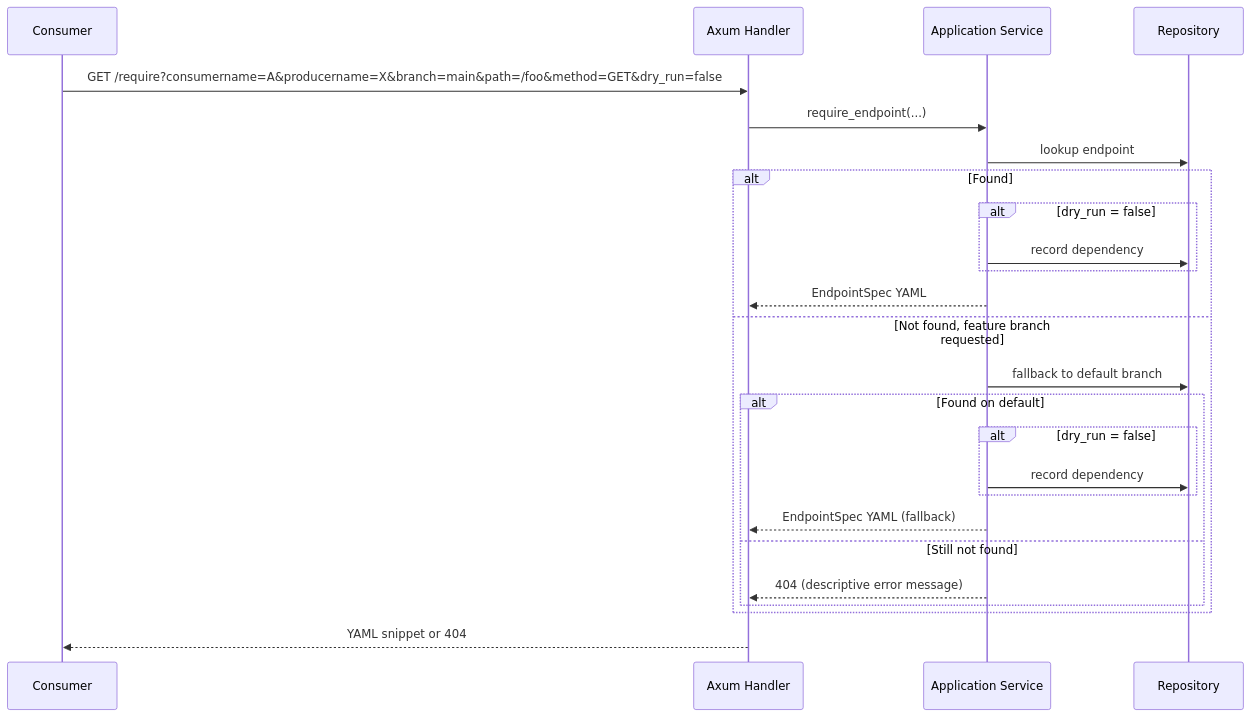
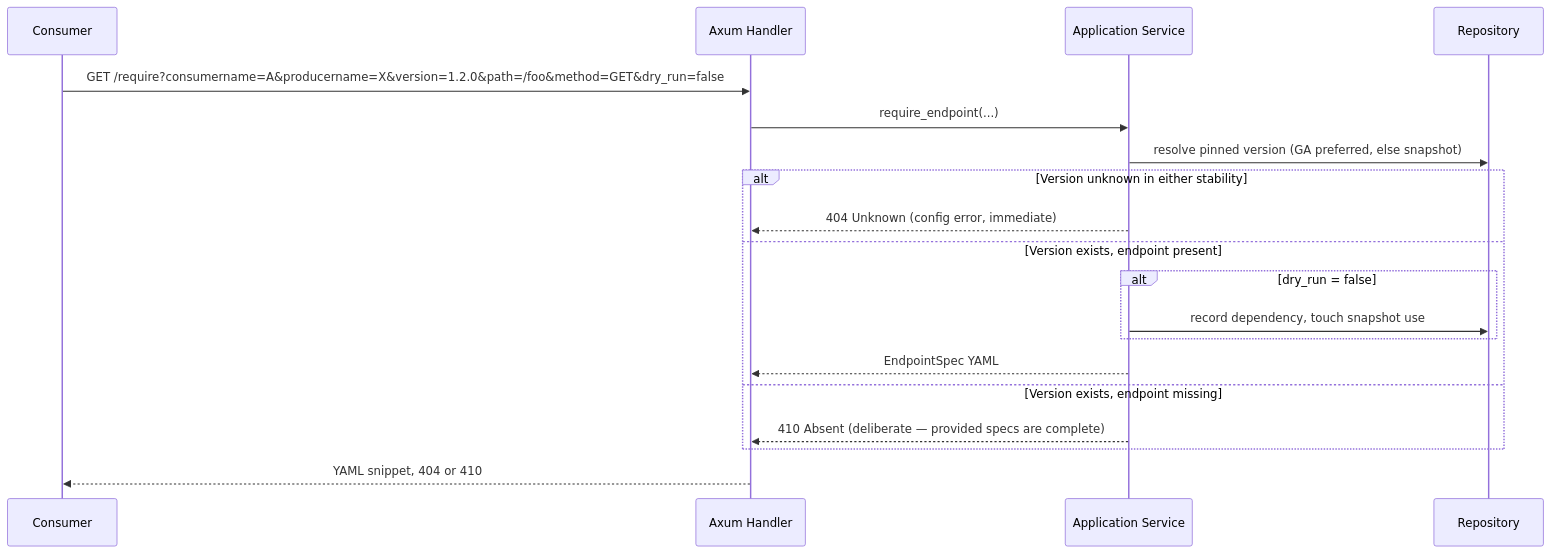
One commit to paxel/sanshain-service changed the third of 7 diagrams in docs/developer-guide.md. Above: the diagram before and after it, drawn with Mermaid. The commit also changed other lines of this file and 94 other files, not shown here.

Commit message:
Switch versioning from branch based to consumer defined versions

````diff
--- a/docs/developer-guide.md
+++ b/docs/developer-guide.md
@@ -122,28 +123,22 @@
 ```mermaid
 sequenceDiagram
     participant Consumer
     participant Handler as Axum Handler
     participant Service as Application Service
     participant Repo as Repository
 
-    Consumer->>Handler: GET /require?consumername=A&producername=X&branch=main&path=/foo&method=GET&dry_run=false
+    Consumer->>Handler: GET /require?consumername=A&producername=X&version=1.2.0&path=/foo&method=GET&dry_run=false
     Handler->>Service: require_endpoint(...)
-    Service->>Repo: lookup endpoint
-    alt Found
+    Service->>Repo: resolve pinned version (GA preferred, else snapshot)
+    alt Version unknown in either stability
+        Service-->>Handler: 404 Unknown (config error, immediate)
+    else Version exists, endpoint present
         alt dry_run = false
-            Service->>Repo: record dependency
+            Service->>Repo: record dependency, touch snapshot use
         end
         Service-->>Handler: EndpointSpec YAML
-    else Not found, feature branch requested
-        Service->>Repo: fallback to default branch
-        alt Found on default
-            alt dry_run = false
-                Service->>Repo: record dependency
-            end
-            Service-->>Handler: EndpointSpec YAML (fallback)
-        else Still not found
-            Service-->>Handler: 404 (descriptive error message)
-        end
+    else Version exists, endpoint missing
+        Service-->>Handler: 410 Absent (deliberate — provided specs are complete)
     end
-    Handler-->>Consumer: YAML snippet or 404
+    Handler-->>Consumer: YAML snippet, 404 or 410
 ```
````
